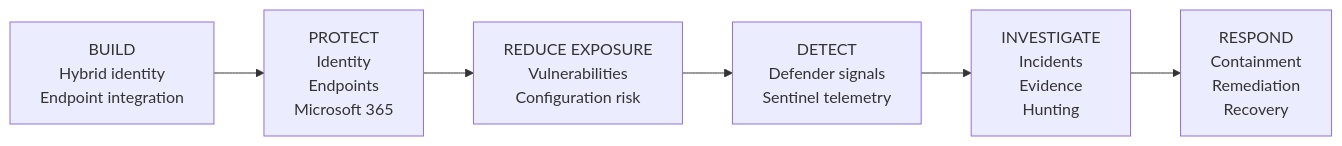
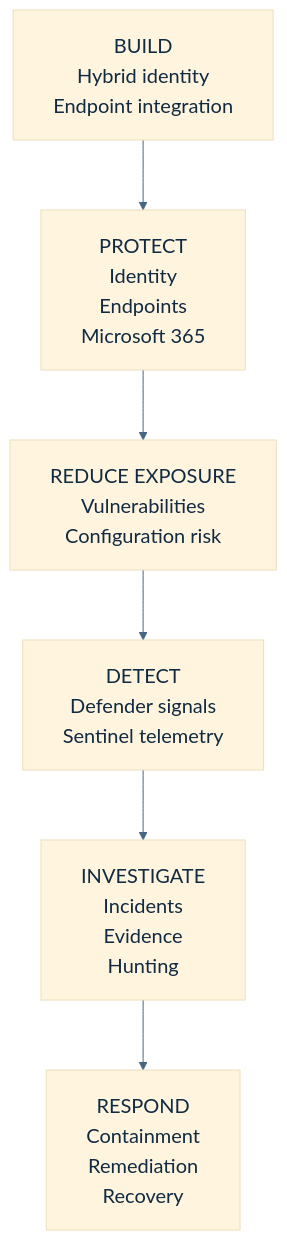
One commit to yaroslavzhukovski/microsoft-hybrid-security-platform changed the second of 2 diagrams in docs/architecture/executive-architecture.md. Above: the diagram before and after it, drawn with Mermaid. The commit also changed other lines of this file, not shown here.

Commit message:
Improve executive architecture readability

````diff
--- a/docs/architecture/executive-architecture.md
+++ b/docs/architecture/executive-architecture.md
@@ -121,17 +126,18 @@
 ```mermaid
-flowchart LR
+%%{init: {"theme": "base", "themeVariables": {"fontSize": "20px", "fontFamily": "Arial, sans-serif", "primaryTextColor": "#102A43", "lineColor": "#486581"}, "flowchart": {"nodeSpacing": 50, "rankSpacing": 70, "padding": 20}}}%%
+flowchart TB
 
     BUILD["BUILD<br/>Hybrid identity<br/>Endpoint integration"]
 
     PROTECT["PROTECT<br/>Identity<br/>Endpoints<br/>Microsoft 365"]
 
     REDUCE["REDUCE EXPOSURE<br/>Vulnerabilities<br/>Configuration risk"]
 
     DETECT["DETECT<br/>Defender signals<br/>Sentinel telemetry"]
 
     INVESTIGATE["INVESTIGATE<br/>Incidents<br/>Evidence<br/>Hunting"]
 
     RESPOND["RESPOND<br/>Containment<br/>Remediation<br/>Recovery"]
 
     BUILD --> PROTECT --> REDUCE --> DETECT --> INVESTIGATE --> RESPOND
 ```
````
